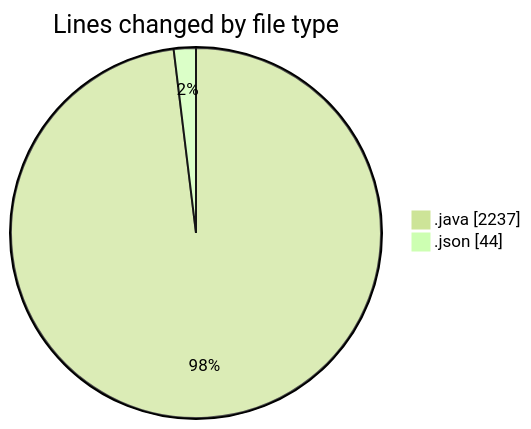
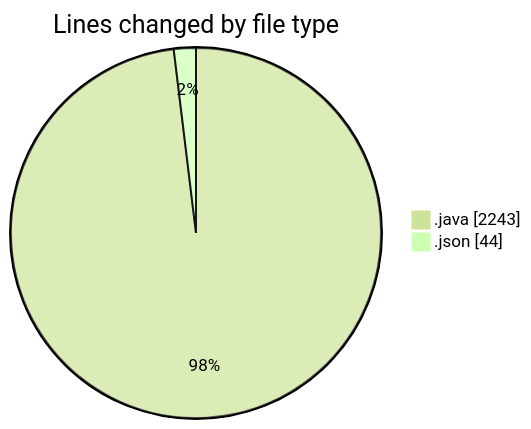
The first of 2 diagrams in 2025-02-23/micros/README.md (charlie-sans/code-tracking), drawn with Mermaid (forest theme) before and after one commit. The commit also changed other lines of this file and 1 other file, not shown here.

````diff
--- a/2025-02-23/micros/README.md
+++ b/2025-02-23/micros/README.md
@@ -32,6 +32,6 @@
 ```mermaid
 pie showData
 title Lines changed by file type
-".java" : 2237
+".java" : 2243
 ".json" : 44
 ```
````
